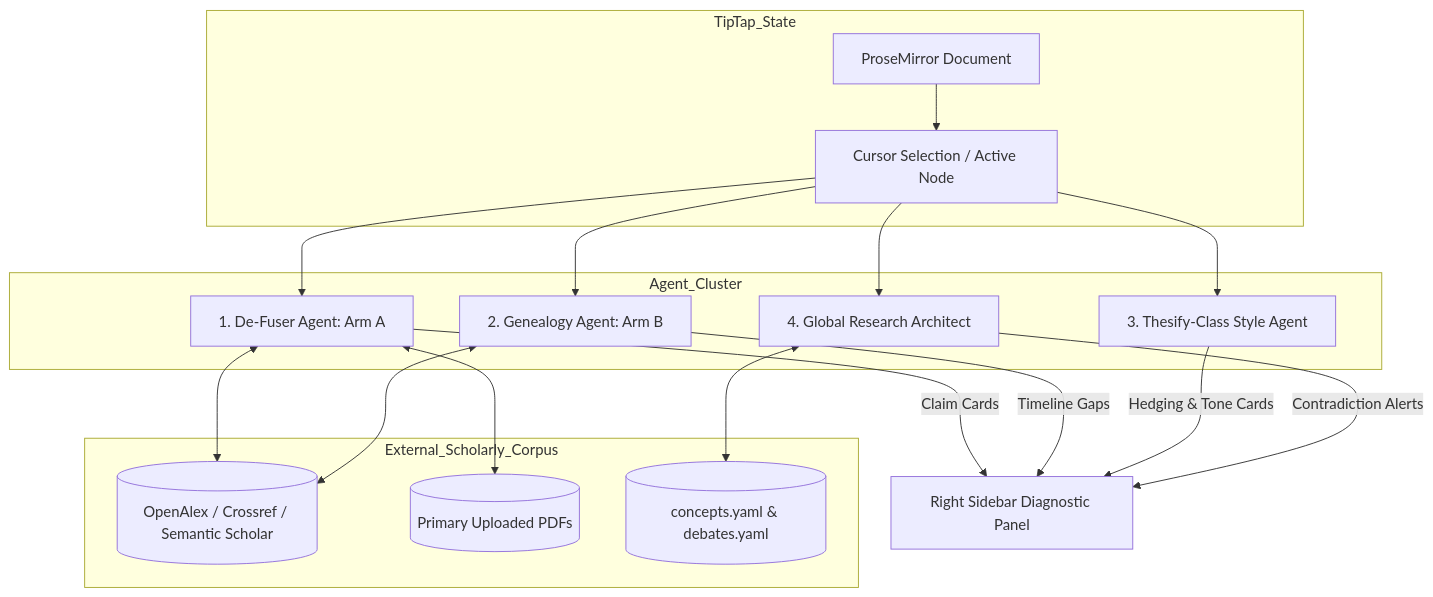
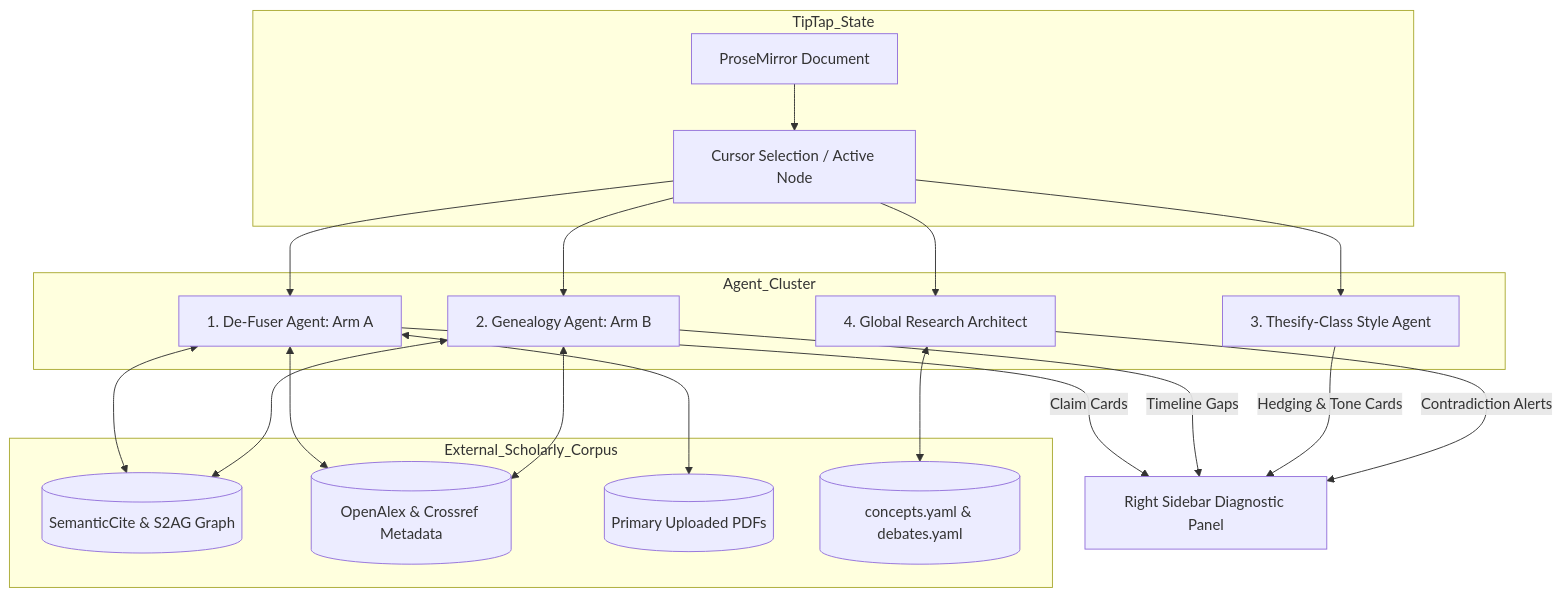
Before and after one commit to Kallias254/consulting-business: the diagram in docs/26_internal_tiptap_editor_and_agent_workbench.md, drawn with Mermaid. The commit also changed other lines of this file and 1 other file, not shown here.

First line of the commit message:
docs: integrate SemanticCite across citation verification and graph traversal

````diff
--- a/docs/26_internal_tiptap_editor_and_agent_workbench.md
+++ b/docs/26_internal_tiptap_editor_and_agent_workbench.md
@@ -257,36 +259,39 @@
 ```mermaid
 graph TD
     subgraph TipTap_State
         Editor[ProseMirror Document]
         Selection[Cursor Selection / Active Node]
     end
 
     subgraph Agent_Cluster
         DeFuser[1. De-Fuser Agent: Arm A]
         Genealogy[2. Genealogy Agent: Arm B]
         StyleThesify[3. Thesify-Class Style Agent]
         Architect[4. Global Research Architect]
     end
 
     subgraph External_Scholarly_Corpus
-        OpenAlex[(OpenAlex / Crossref / Semantic Scholar)]
+        SemanticCiteEngine[(SemanticCite & S2AG Graph)]
+        OpenAlex[(OpenAlex & Crossref Metadata)]
         LocalPDFs[(Primary Uploaded PDFs)]
         KnowledgeBase[(concepts.yaml & debates.yaml)]
     end
 
     Editor --> Selection
     Selection --> DeFuser
     Selection --> Genealogy
     Selection --> StyleThesify
     Selection --> Architect
 
+    DeFuser <--> SemanticCiteEngine
     DeFuser <--> OpenAlex
     DeFuser <--> LocalPDFs
+    Genealogy <--> SemanticCiteEngine
     Genealogy <--> OpenAlex
     Architect <--> KnowledgeBase
 
     DeFuser -->|Claim Cards| SidebarUI[Right Sidebar Diagnostic Panel]
     Genealogy -->|Timeline Gaps| SidebarUI
     StyleThesify -->|Hedging & Tone Cards| SidebarUI
     Architect -->|Contradiction Alerts| SidebarUI
 ```
````
